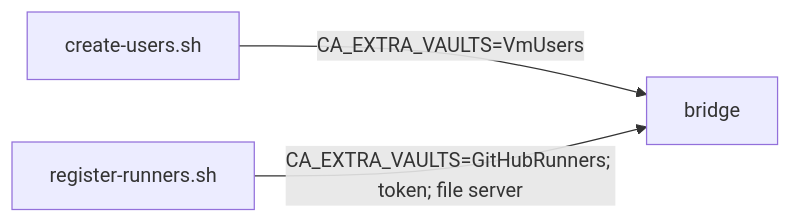
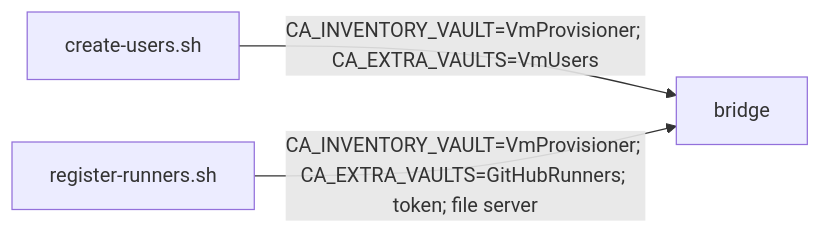
One commit to Klark-Morrigan/Infrastructure-Vm-Ansible changed the second of 23 diagrams in docs/dev/implementation/19-common-ansible-extraction-and-toolchain-provisioning/plan.md. Above: the diagram before and after it, drawn with Mermaid. The commit also changed other lines of this file and 1 other file, not shown here.

````diff
--- a/docs/dev/implementation/19-common-ansible-extraction-and-toolchain-provisioning/plan.md
+++ b/docs/dev/implementation/19-common-ansible-extraction-and-toolchain-provisioning/plan.md
@@ -137,5 +143,5 @@
 ```mermaid
 flowchart LR
-  CU[create-users.sh] -->|CA_EXTRA_VAULTS=VmUsers| B[bridge]
-  RR[register-runners.sh] -->|CA_EXTRA_VAULTS=GitHubRunners; token; file server| B
+  CU[create-users.sh] -->|CA_INVENTORY_VAULT=VmProvisioner; CA_EXTRA_VAULTS=VmUsers| B[bridge]
+  RR[register-runners.sh] -->|CA_INVENTORY_VAULT=VmProvisioner; CA_EXTRA_VAULTS=GitHubRunners; token; file server| B
 ```
````
